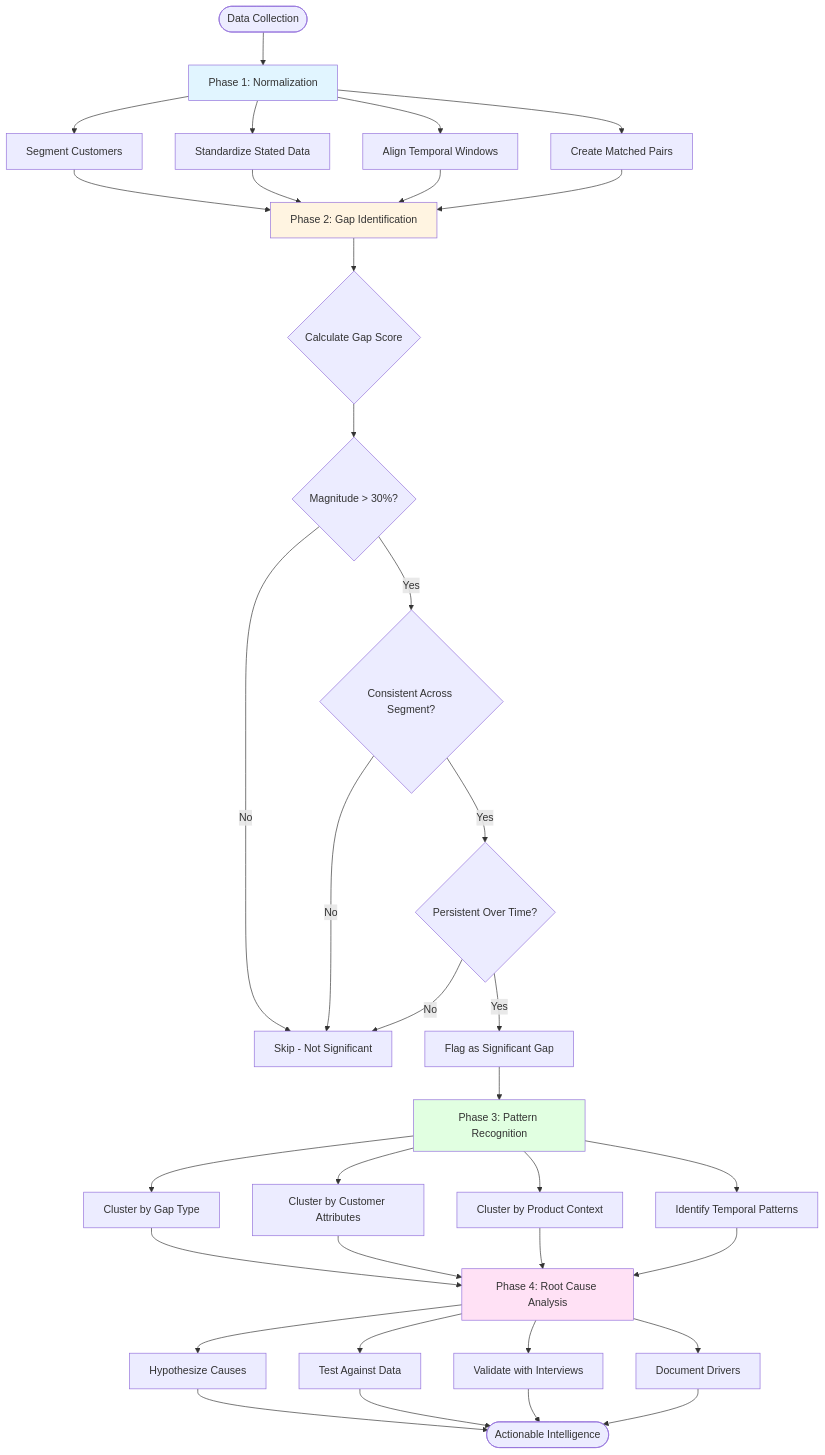
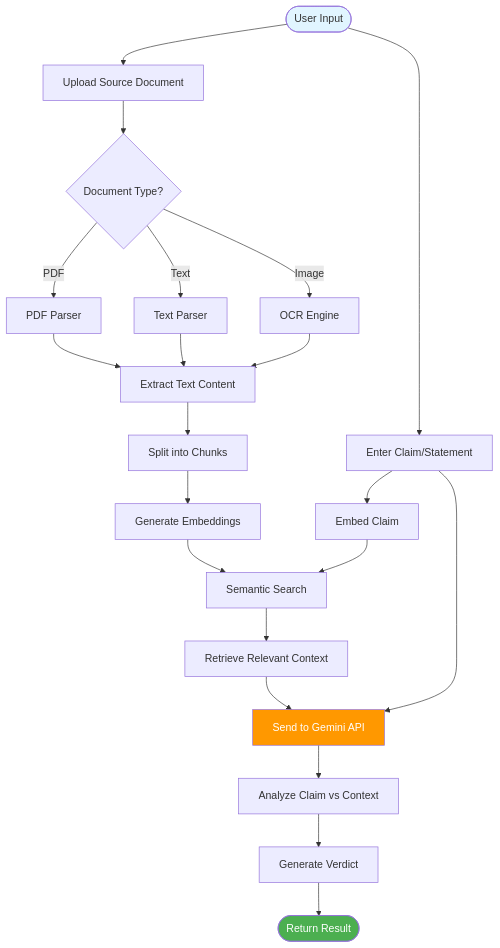
One commit to Krish-Om/contradiction-detection-system changed the fourth of 20 diagrams in docs/01_conceptual_framework.md. Above: the diagram before and after it, drawn with Mermaid. The commit also changed other lines of this file and 5 other files, not shown here.

````diff
--- a/docs/01_conceptual_framework.md
+++ b/docs/01_conceptual_framework.md
@@ -129,41 +107,35 @@
 ```mermaid
 flowchart TD
-    Start([Data Collection]) --> Phase1[Phase 1: Normalization]
-    
-    Phase1 --> P1A[Segment Customers]
-    Phase1 --> P1B[Standardize Stated Data]
-    Phase1 --> P1C[Align Temporal Windows]
-    Phase1 --> P1D[Create Matched Pairs]
-    
-    P1A & P1B & P1C & P1D --> Phase2[Phase 2: Gap Identification]
-    
-    Phase2 --> P2A{Calculate Gap Score}
-    P2A --> P2B{Magnitude > 30%?}
-    P2B -->|Yes| P2C{Consistent Across Segment?}
-    P2B -->|No| Skip[Skip - Not Significant]
-    P2C -->|Yes| P2D{Persistent Over Time?}
-    P2C -->|No| Skip
-    P2D -->|Yes| Flag[Flag as Significant Gap]
-    P2D -->|No| Skip
-    
-    Flag --> Phase3[Phase 3: Pattern Recognition]
-    
-    Phase3 --> P3A[Cluster by Gap Type]
-    Phase3 --> P3B[Cluster by Customer Attributes]
-    Phase3 --> P3C[Cluster by Product Context]
-    Phase3 --> P3D[Identify Temporal Patterns]
-    
-    P3A & P3B & P3C & P3D --> Phase4[Phase 4: Root Cause Analysis]
-    
-    Phase4 --> P4A[Hypothesize Causes]
-    Phase4 --> P4B[Test Against Data]
-    Phase4 --> P4C[Validate with Interviews]
-    Phase4 --> P4D[Document Drivers]
-    
-    P4A & P4B & P4C & P4D --> End([Actionable Intelligence])
-    
-    style Phase1 fill:#e1f5ff
-    style Phase2 fill:#fff4e1
-    style Phase3 fill:#e1ffe1
-    style Phase4 fill:#ffe1f5
+    Start([User Input]) --> Upload[Upload Source Document]
+    Upload --> Parse{Document Type?}
+
+    Parse -->|PDF| PDF[PDF Parser]
+    Parse -->|Text| TXT[Text Parser]
+    Parse -->|Image| IMG[OCR Engine]
+
+    PDF --> Extract[Extract Text Content]
+    TXT --> Extract
+    IMG --> Extract
+
+    Extract --> Chunk[Split into Chunks]
+    Chunk --> Embed[Generate Embeddings]
+
+    Start --> Claim[Enter Claim/Statement]
+    Claim --> ClaimEmbed[Embed Claim]
+
+    Embed --> Search[Semantic Search]
+    ClaimEmbed --> Search
+
+    Search --> Context[Retrieve Relevant Context]
+    Context --> LLM[Send to Gemini API]
+    Claim --> LLM
+
+    LLM --> Analyze[Analyze Claim vs Context]
+    Analyze --> Verdict[Generate Verdict]
+
+    Verdict --> Output([Return Result])
+
+    style Start fill:#e1f5ff
+    style Output fill:#4caf50,color:#fff
+    style LLM fill:#ff9800,color:#fff
 ```
````
